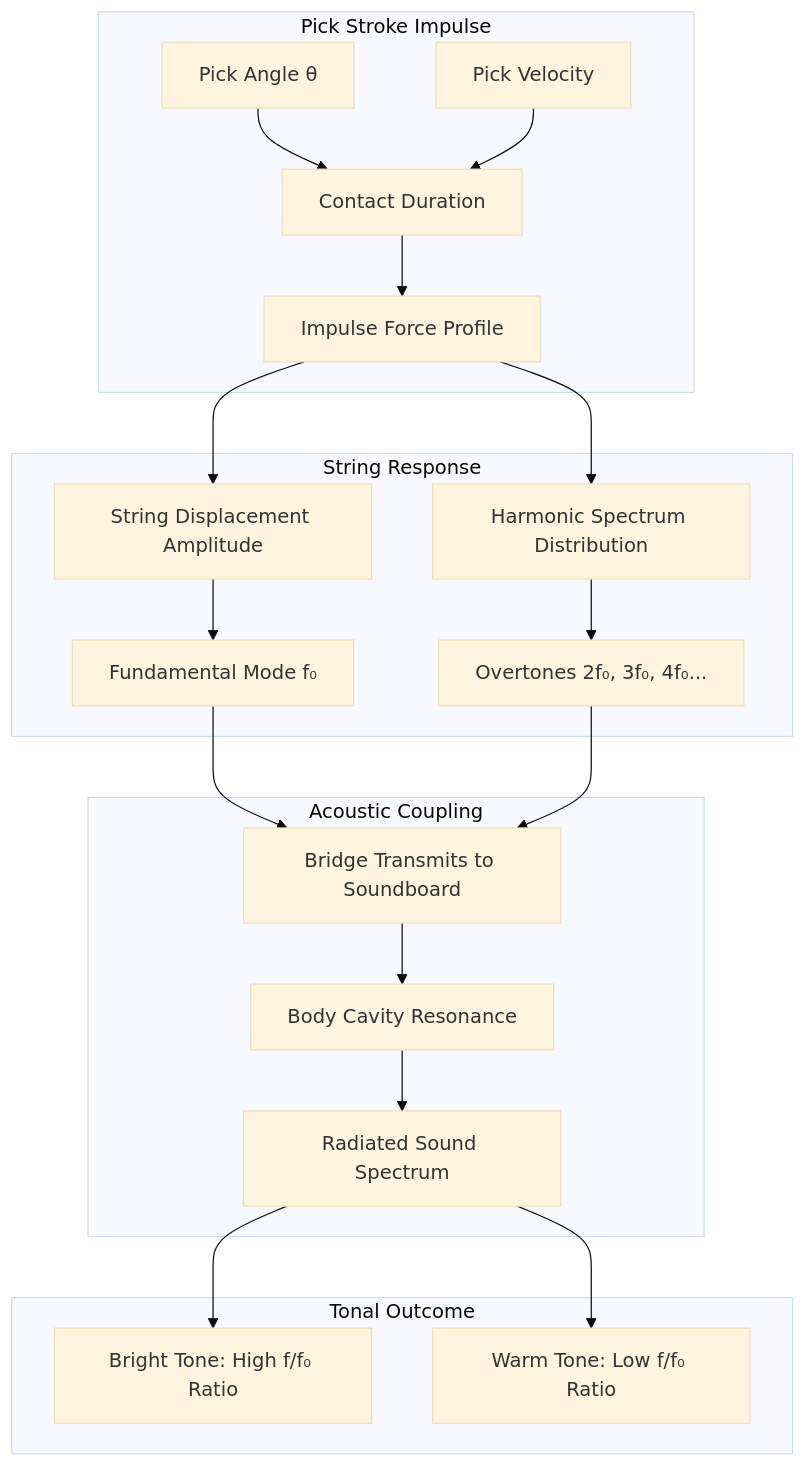
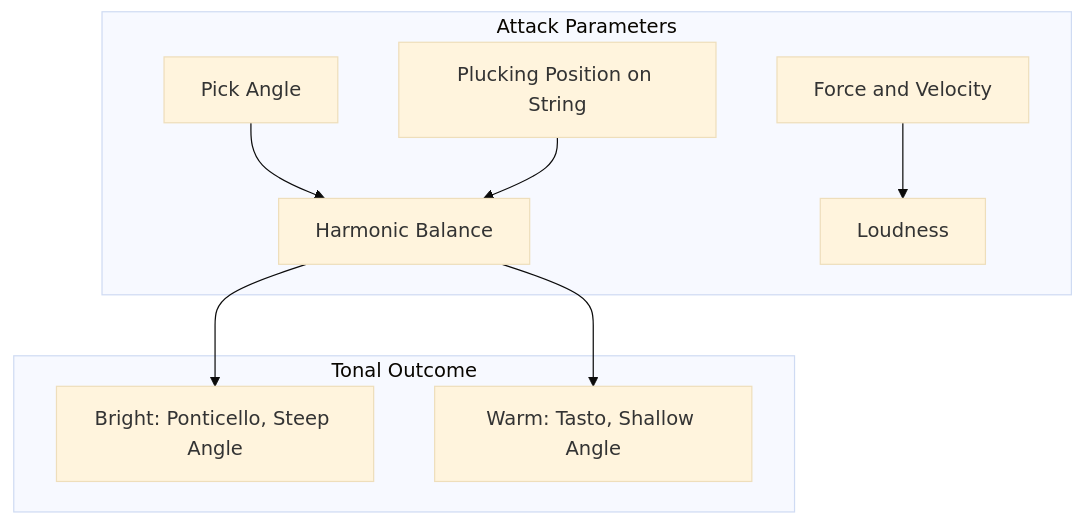
The third of 5 diagrams in topics/arts/music_performance/acoustic_guitar/labs.md (blebleblee/synapse), drawn with Mermaid (base theme) before and after one commit. The commit also changed other lines of this file and 4 other files, not shown here.

````diff
--- a/topics/arts/music_performance/acoustic_guitar/labs.md
+++ b/topics/arts/music_performance/acoustic_guitar/labs.md
@@ -425,24 +269,12 @@
 ```mermaid
 graph TD
-    subgraph sub_impulse ["Pick Stroke Impulse"]
-        A["Pick Angle θ"] --> B["Contact Duration"]
-        C["Pick Velocity"] --> B
-        B --> D["Impulse Force Profile"]
+    subgraph sub_attack ["Attack Parameters"]
+        A["Pick Angle"] --> B["Harmonic Balance"]
+        C["Plucking Position on String"] --> B
+        D["Force and Velocity"] --> E["Loudness"]
     end
-    subgraph sub_string_response ["String Response"]
-        D --> E["String Displacement Amplitude"]
-        D --> F["Harmonic Spectrum Distribution"]
-        E --> G["Fundamental Mode f₀"]
-        F --> H["Overtones 2f₀, 3f₀, 4f₀..."]
-    end
-    subgraph sub_coupling ["Acoustic Coupling"]
-        G --> I["Bridge Transmits to Soundboard"]
-        H --> I
-        I --> J["Body Cavity Resonance"]
-        J --> K["Radiated Sound Spectrum"]
-    end
-    subgraph sub_tonal_outcome ["Tonal Outcome"]
-        K --> L["Bright Tone: High f/f₀ Ratio"]
-        K --> M["Warm Tone: Low f/f₀ Ratio"]
+    subgraph sub_outcome ["Tonal Outcome"]
+        B --> F["Bright: Ponticello, Steep Angle"]
+        B --> G["Warm: Tasto, Shallow Angle"]
     end
 ```
````
